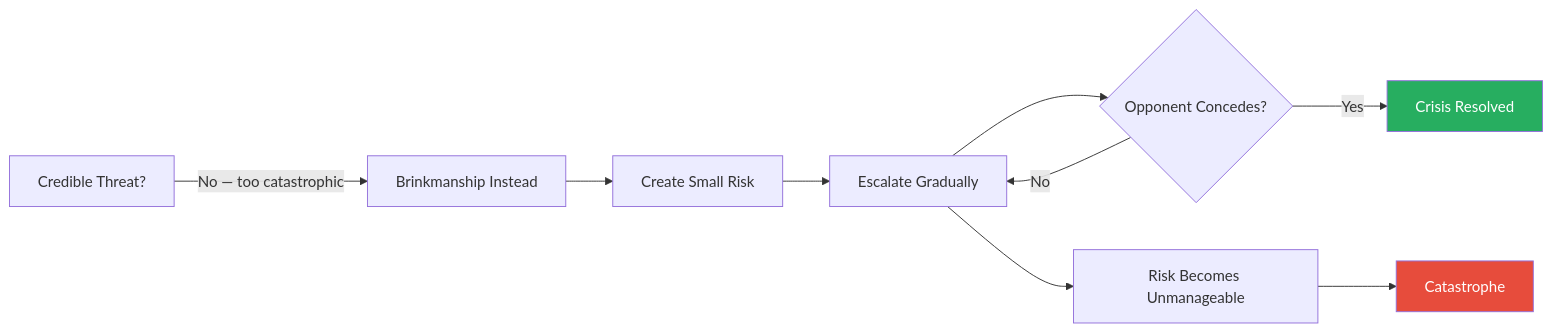
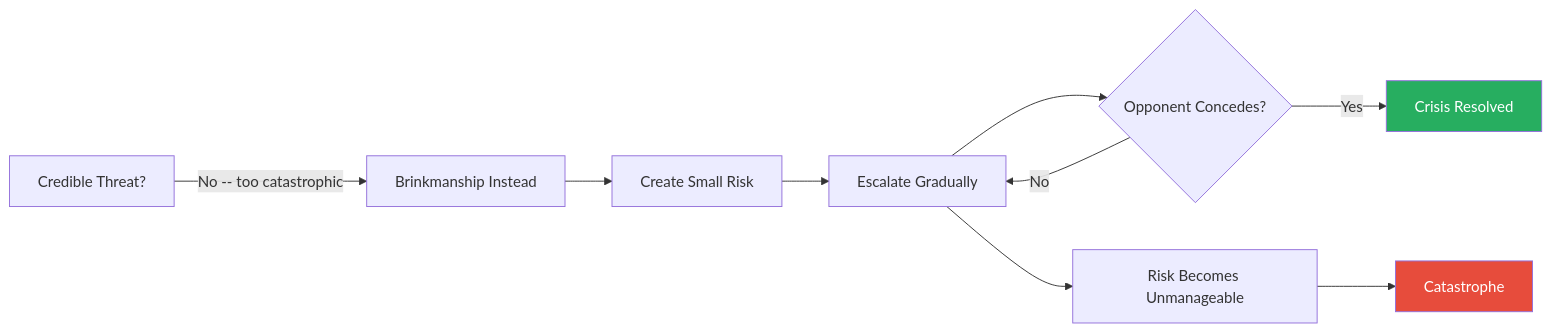
Before and after one commit to alius33/reader: the fifth of 7 diagrams in summaries/Strategy & Systems Thinking/Thinking Strategically - Avinash K. Dixit & Barry J. Nalebuff.md, drawn with Mermaid. The commit also changed other lines of this file and 272 other files, not shown here.

````diff
--- a/summaries/Strategy & Systems Thinking/Thinking Strategically - Avinash K. Dixit & Barry J. Nalebuff.md
+++ b/summaries/Strategy & Systems Thinking/Thinking Strategically - Avinash K. Dixit & Barry J. Nalebuff.md
@@ -514,13 +651,13 @@
 ```mermaid
 flowchart LR
-    A[Credible Threat?] -->|"No — too catastrophic"| B[Brinkmanship Instead]
+    A[Credible Threat?] -->|"No -- too catastrophic"| B[Brinkmanship Instead]
     B --> C[Create Small Risk]
     C --> D[Escalate Gradually]
     D --> E{Opponent Concedes?}
     E -->|Yes| F[Crisis Resolved]
     E -->|No| D
     D --> G[Risk Becomes Unmanageable]
     G --> H[Catastrophe]
     style H fill:#e74c3c,color:#fff
     style F fill:#27ae60,color:#fff
 ```
````
